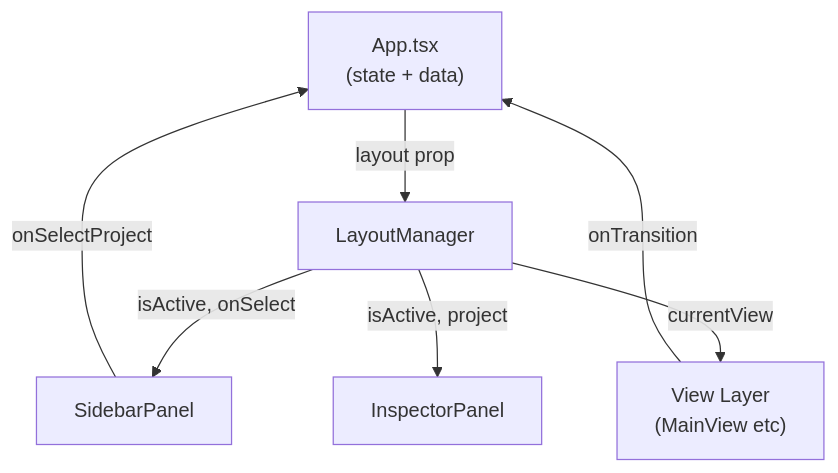
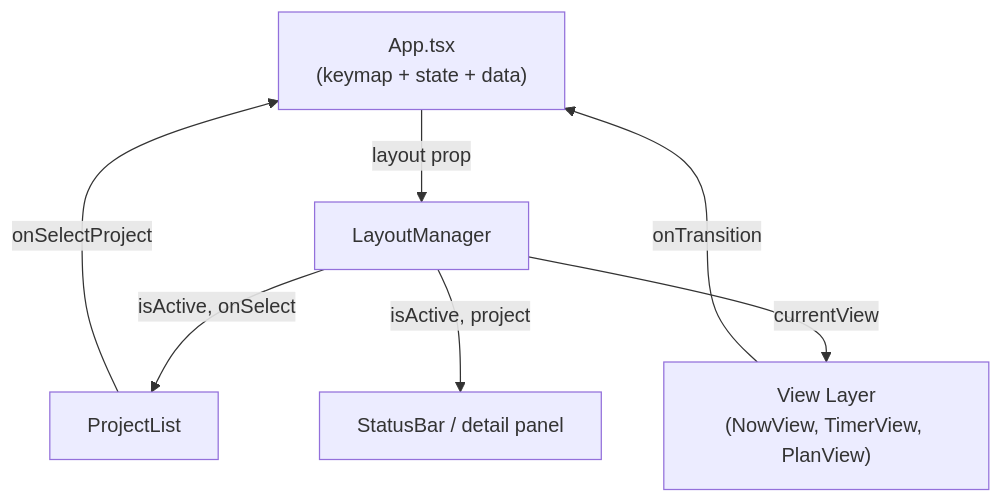
Before and after one commit to Data-Wise/atlas: diagram 14 of 16 in docs/ARCHITECTURE.md, drawn with Mermaid. The commit also changed other lines of this file and 24 other files, not shown here.

````diff
--- a/docs/ARCHITECTURE.md
+++ b/docs/ARCHITECTURE.md
@@ -886,9 +821,9 @@
 ```mermaid
 graph TB
-  App["App.tsx\n(state + data)"] -->|layout prop| LM["LayoutManager"]
-  LM -->|isActive, onSelect| SP["SidebarPanel"]
-  LM -->|currentView| VL["View Layer\n(MainView etc)"]
-  LM -->|isActive, project| IP["InspectorPanel"]
-  SP -->|onSelectProject| App
+  App["App.tsx\n(keymap + state + data)"] -->|layout prop| LM["LayoutManager"]
+  LM -->|isActive, onSelect| PL["ProjectList"]
+  LM -->|currentView| VL["View Layer\n(NowView, TimerView, PlanView)"]
+  LM -->|isActive, project| SB["StatusBar / detail panel"]
+  PL -->|onSelectProject| App
   VL -->|onTransition| App
 ```
````
